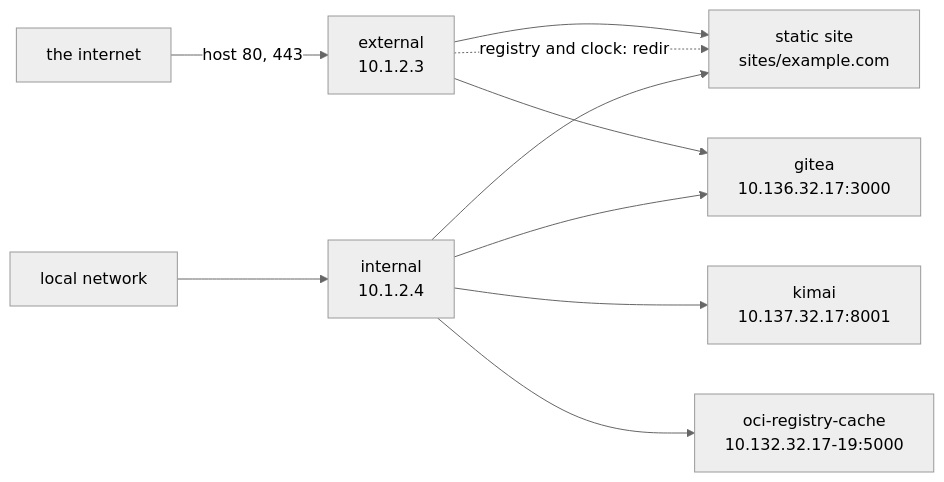
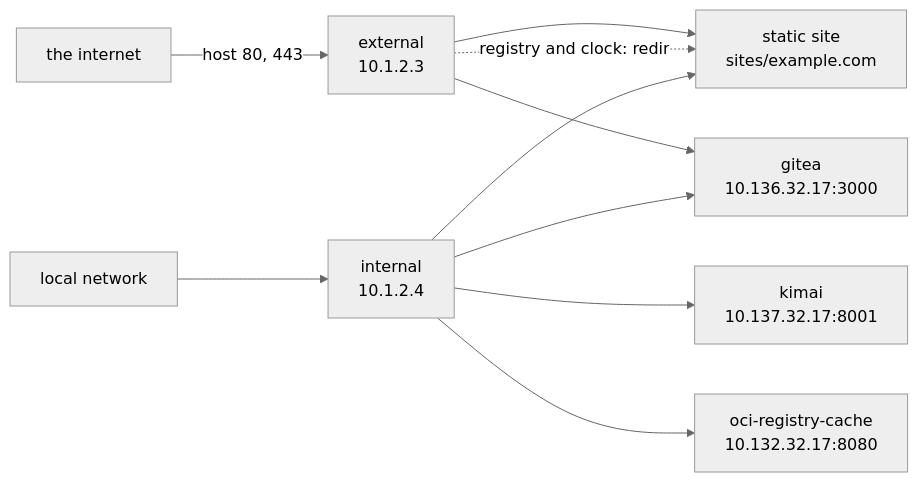
Before and after one commit to jochumdev/incus-compose-docs: the diagram in root/examples/caddy.md, drawn with Mermaid (neutral theme). The commit also changed other lines of this file and 3 other files, not shown here.

````diff
--- a/root/examples/caddy.md
+++ b/root/examples/caddy.md
@@ -53,14 +53,14 @@
 ```mermaid
 flowchart LR
     NET[the internet] -->|"host 80, 443"| EX["external<br/>10.1.2.3"]
     LAN[local network] --> IN["internal<br/>10.1.2.4"]
 
     EX --> ST["static site<br/>sites/example.com"]
     EX --> G["gitea<br/>10.136.32.17:3000"]
     EX -.->|"registry and clock: redir"| ST
 
     IN --> ST
     IN --> G
     IN --> K["kimai<br/>10.137.32.17:8001"]
-    IN --> RG["oci-registry-cache<br/>10.132.32.17-19:5000"]
+    IN --> RG["oci-registry-cache<br/>10.132.32.17:8080"]
 ```
````
